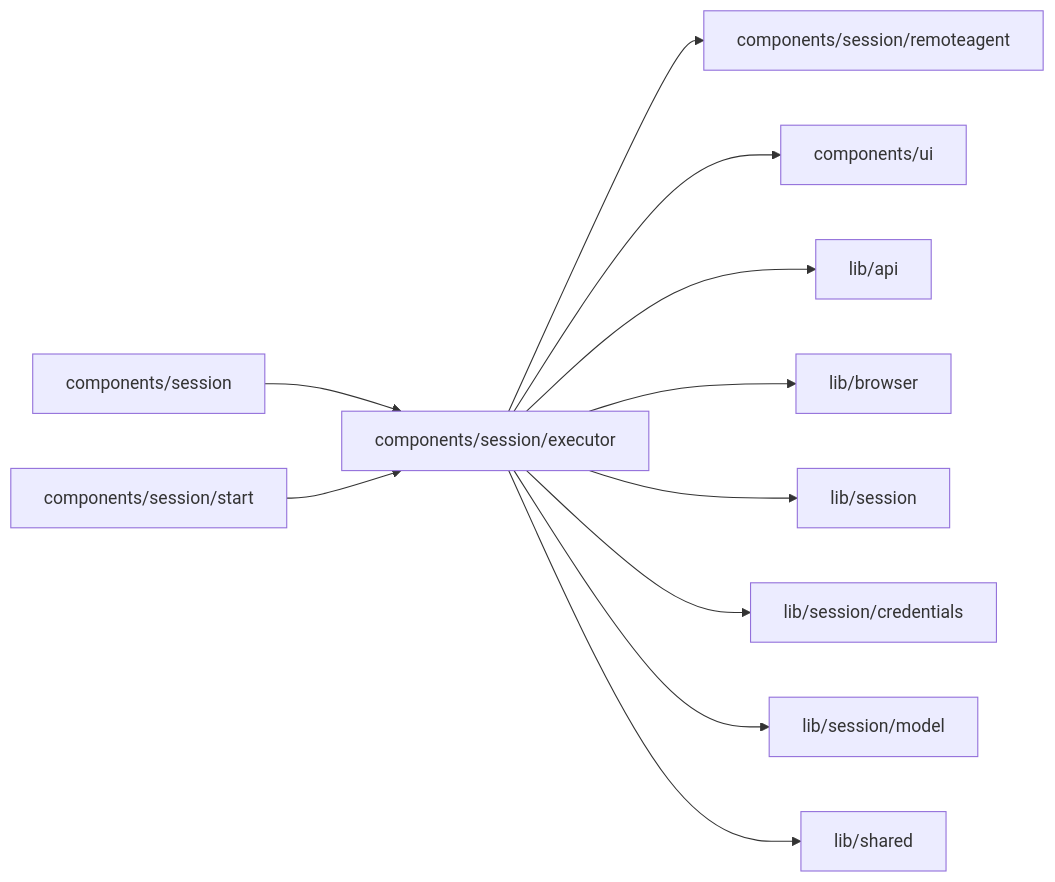
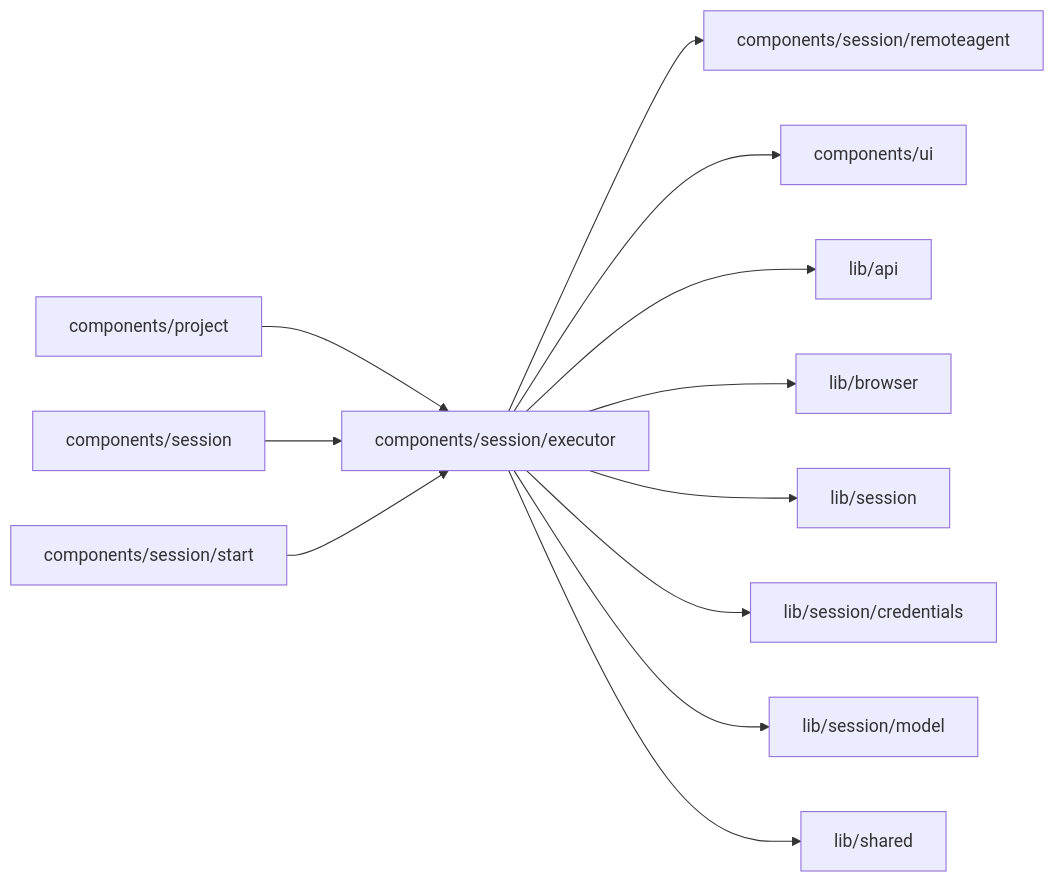
One commit to superdurable/superverse changed the diagram in web/studio/components/session/executor/README.md. Above: the diagram before and after it, drawn with Mermaid. The commit also changed other lines of this file and 11 other files, not shown here.

````diff
--- a/web/studio/components/session/executor/README.md
+++ b/web/studio/components/session/executor/README.md
@@ -10,14 +10,15 @@
 ```mermaid
 flowchart LR
   self["components/session/executor"]
-  c0["components/session"] --> self
-  c1["components/session/start"] --> self
+  c0["components/project"] --> self
+  c1["components/session"] --> self
+  c2["components/session/start"] --> self
   self --> d0["components/session/remoteagent"]
   self --> d1["components/ui"]
   self --> d2["lib/api"]
   self --> d3["lib/browser"]
   self --> d4["lib/session"]
   self --> d5["lib/session/credentials"]
   self --> d6["lib/session/model"]
   self --> d7["lib/shared"]
 ```
````
